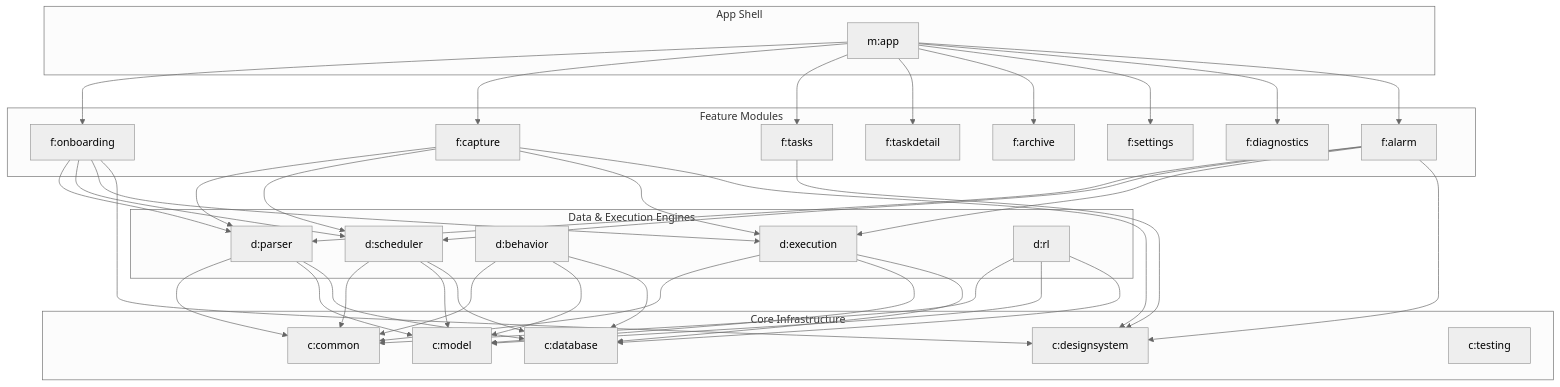
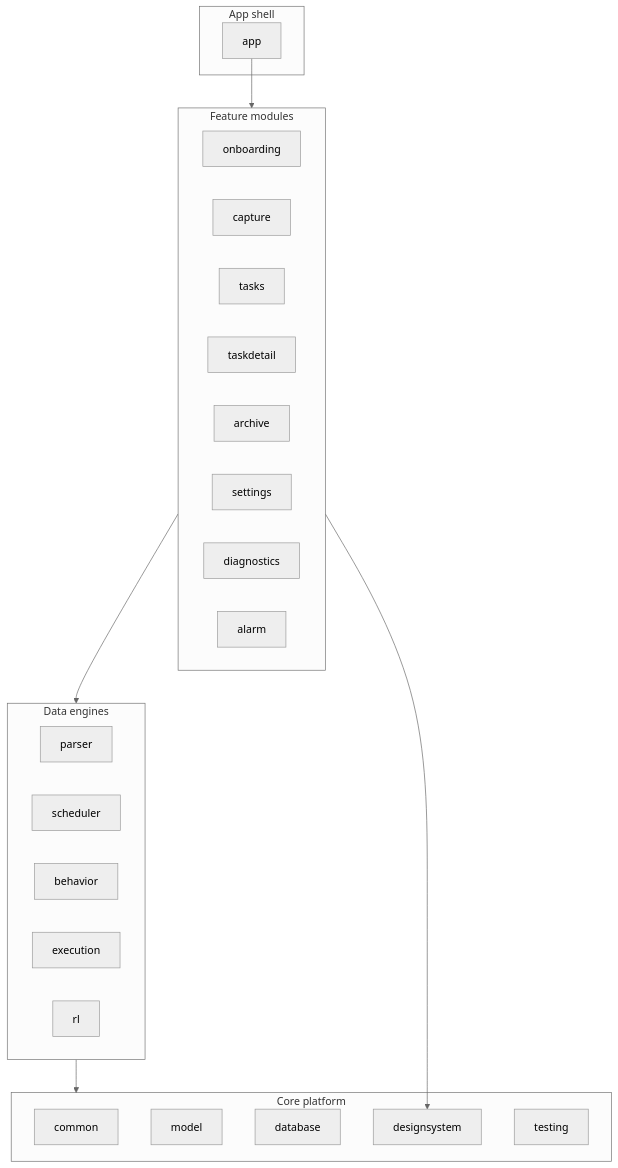
One commit to varunaditya27/ORKA changed the first of 2 diagrams in ARCHITECTURE.md. Above: the diagram before and after it, drawn with Mermaid (neutral theme). The commit also changed other lines of this file and 1 other file, not shown here.

Commit message:
Refactor README and ARCHITECTURE documentation for clarity and consistency

````diff
--- a/ARCHITECTURE.md
+++ b/ARCHITECTURE.md
@@ -17,42 +25,38 @@
 ```mermaid
 flowchart TB
-    subgraph App Shell
-        APP[m:app]
-    end
+  subgraph APP[App shell]
+    A[app]
+  end
 
-    subgraph Feature Modules
-        ONBOARD[f:onboarding]
-        CAPTURE[f:capture]
-        TASKS[f:tasks]
-        DETAIL[f:taskdetail]
-        ARCHIVE[f:archive]
-        SETTINGS[f:settings]
-        DIAG[f:diagnostics]
-        ALARM[f:alarm]
-    end
+  subgraph FEATURE[Feature modules]
+    F1[onboarding]
+    F2[capture]
+    F3[tasks]
+    F4[taskdetail]
+    F5[archive]
+    F6[settings]
+    F7[diagnostics]
+    F8[alarm]
+  end
 
-    subgraph Data & Execution Engines
-        PARSER[d:parser]
-        SCHED[d:scheduler]
-        BEHAVIOR[d:behavior]
-        EXEC[d:execution]
-        RL[d:rl]
-    end
+  subgraph DATA[Data engines]
+    D1[parser]
+    D2[scheduler]
+    D3[behavior]
+    D4[execution]
+    D5[rl]
+  end
 
-    subgraph Core Infrastructure
-        COMMON[c:common]
-        MODEL[c:model]
-        DESIGN[c:designsystem]
-        DB[c:database]
-        TESTING[c:testing]
-    end
+  subgraph CORE[Core platform]
+    C1[common]
+    C2[model]
+    C3[database]
+    C4[designsystem]
+    C5[testing]
+  end
 
-    %% Wiring
-    APP --> ONBOARD & CAPTURE & TASKS & DETAIL & ARCHIVE & SETTINGS & DIAG & ALARM
-    
-    ONBOARD & CAPTURE & ALARM --> PARSER & SCHED & EXEC
-    
-    PARSER & SCHED & EXEC & BEHAVIOR & RL --> COMMON & MODEL & DB
-    
-    ONBOARD & CAPTURE & TASKS & ALARM --> DESIGN
+  A --> FEATURE
+  FEATURE --> DATA
+  DATA --> CORE
+  FEATURE --> C4
 ```
````
